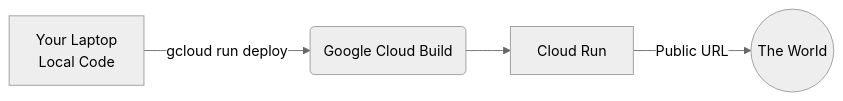
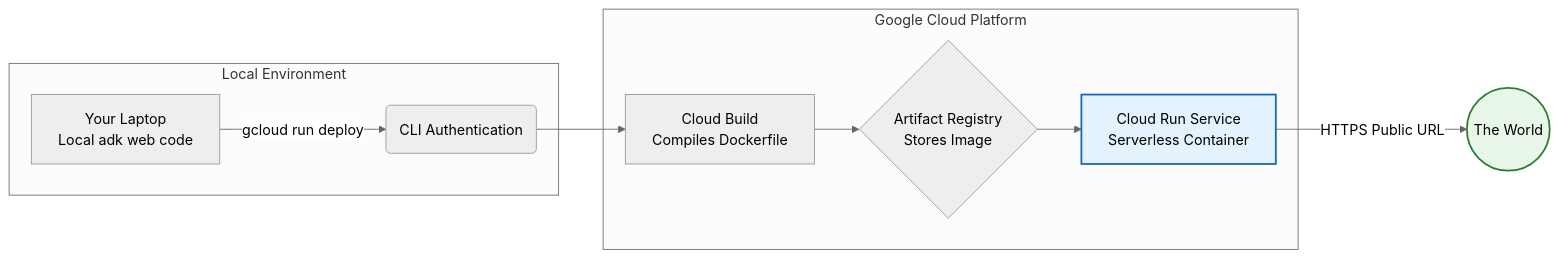
Before and after one commit to stmarkadebayo/BWAI-OAU_AI-Agents: the diagram in labs/04_deployment/DEPLOY.md, drawn with Mermaid (neutral theme).

Commit message:
improved diagrams

````diff
--- a/labs/04_deployment/DEPLOY.md
+++ b/labs/04_deployment/DEPLOY.md
@@ -12,6 +12,17 @@
 ```mermaid
 graph LR
-    A[Your Laptop<br/>Local Code] -->|gcloud run deploy| B(Google Cloud Build)
-    B --> C[Cloud Run]
-    C -->|Public URL| D((The World))
+    subgraph Local Environment
+        A[Your Laptop<br/>Local adk web code] -->|gcloud run deploy| B(CLI Authentication)
+    end
+    
+    subgraph Google Cloud Platform
+        B --> C[Cloud Build<br/>Compiles Dockerfile]
+        C --> D{Artifact Registry<br/>Stores Image}
+        D --> E[Cloud Run Service<br/>Serverless Container]
+    end
+    
+    E -->|HTTPS Public URL| F((The World))
+    
+    style E fill:#e3f2fd,stroke:#1565c0,stroke-width:2px
+    style F fill:#e8f5e9,stroke:#2e7d32,stroke-width:2px
 ```
````
